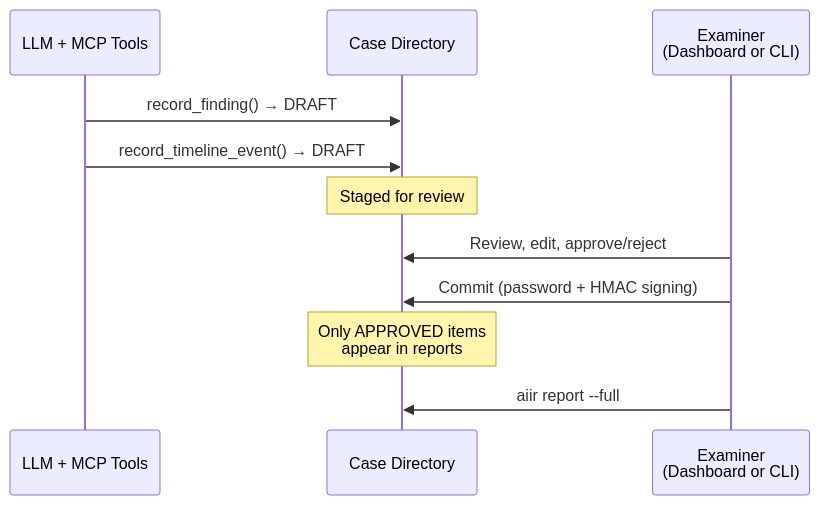
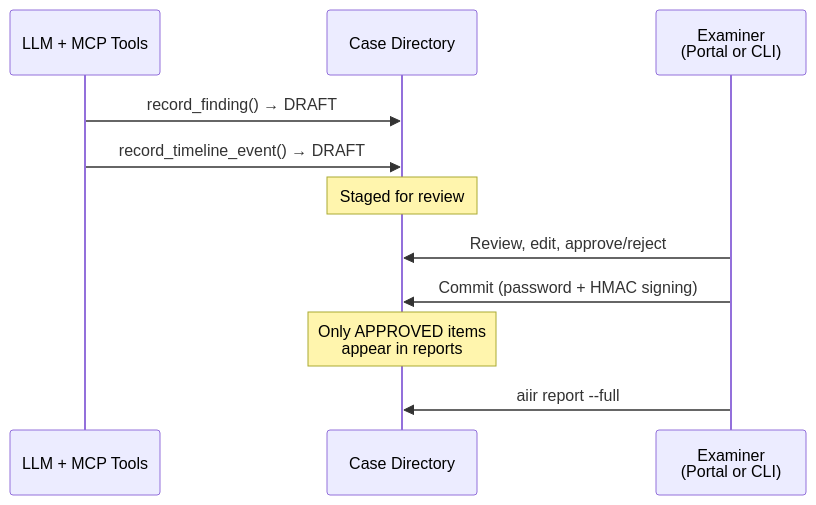
One commit to AppliedIR/aiir changed the fifth of 6 diagrams in README.md. Above: the diagram before and after it, drawn with Mermaid. The commit also changed other lines of this file and 2 other files, not shown here.

Commit message:
aiir portal opens /portal/, aiir dashboard opens /dashboard/ (v1)

````diff
--- a/README.md
+++ b/README.md
@@ -215,16 +215,16 @@
 ```mermaid
 sequenceDiagram
     participant AI as LLM + MCP Tools
     participant Case as Case Directory
-    participant Human as Examiner<br/>(Dashboard or CLI)
+    participant Human as Examiner<br/>(Portal or CLI)
 
     AI->>Case: record_finding() → DRAFT
     AI->>Case: record_timeline_event() → DRAFT
     Note over Case: Staged for review
 
     Human->>Case: Review, edit, approve/reject
     Human->>Case: Commit (password + HMAC signing)
 
     Note over Case: Only APPROVED items<br/>appear in reports
     Human->>Case: aiir report --full
 ```
````
